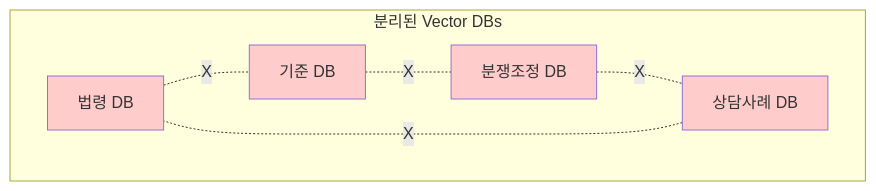
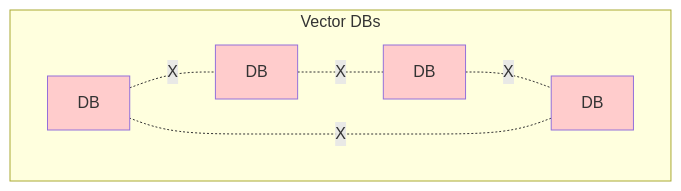
One commit to SKN19-FINAL-5team/LLM changed the fifth of 6 diagrams in docs/backend/database/스키마_설계_근거.md. Above: the diagram before and after it, drawn with Mermaid. The commit also changed other lines of this file and 183 other files, not shown here.

````diff
--- a/docs/backend/database/스키마_설계_근거.md
+++ b/docs/backend/database/스키마_설계_근거.md
@@ -1151,19 +1151,19 @@
 ```mermaid
 graph TB
-    subgraph SeparateDBs[분리된 Vector DBs]
-        DB1[법령 DB]
-        DB2[기준 DB]
-        DB3[분쟁조정 DB]
-        DB4[상담사례 DB]
+    subgraph SeparateDBs[ Vector DBs]
+        DB1[ DB]
+        DB2[ DB]
+        DB3[ DB]
+        DB4[ DB]
     end
     
     DB1 -.X.- DB2
     DB2 -.X.- DB3
     DB3 -.X.- DB4
     DB4 -.X.- DB1
     
     style DB1 fill:#ffcccc
     style DB2 fill:#ffcccc
     style DB3 fill:#ffcccc
     style DB4 fill:#ffcccc
 ```
````
